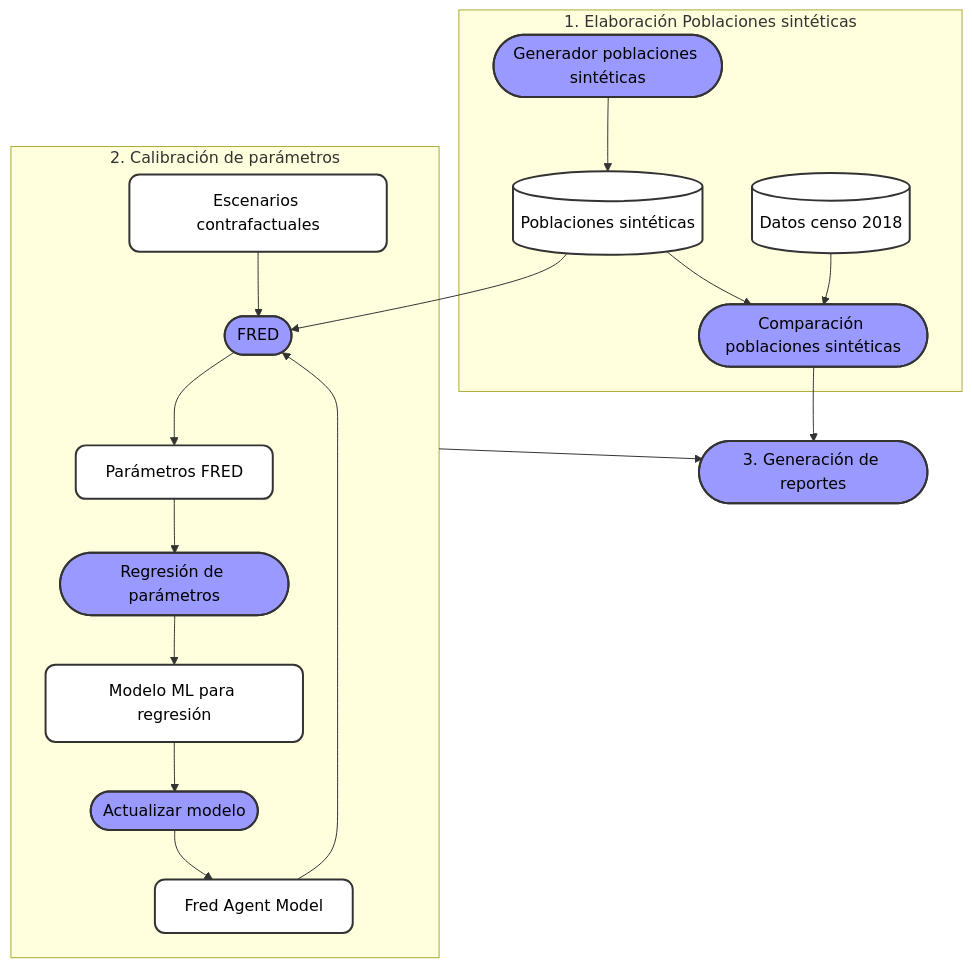
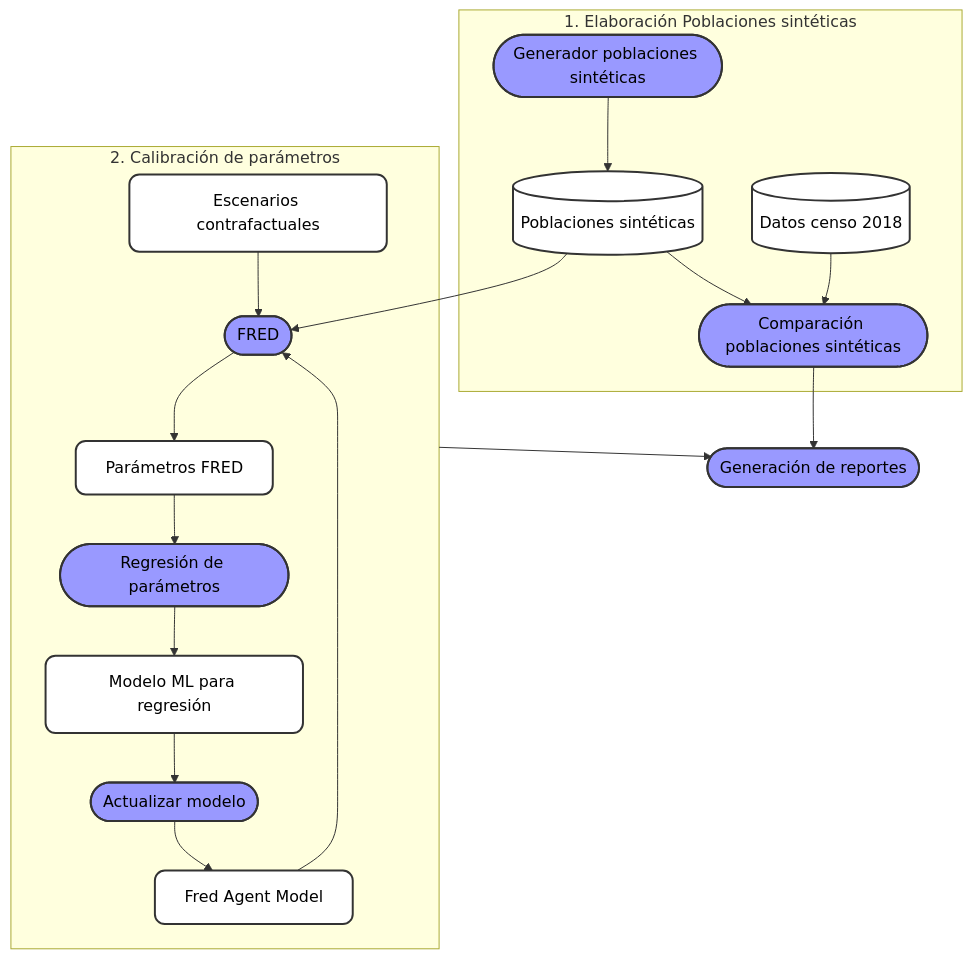
The diagram in profile/FRED/FlujoDatos.md (AGORA-COL/.github), drawn with Mermaid before and after one commit. The commit also changed 1 other file, not shown here.

````diff
--- a/profile/FRED/FlujoDatos.md
+++ b/profile/FRED/FlujoDatos.md
@@ -11,45 +11,45 @@
 ```mermaid
 flowchart TB
     subgraph EPS[1. Elaboración Poblaciones sintéticas]
         GPS([Generador poblaciones sintéticas])
         PS[(Poblaciones sintéticas)]
         CPS([Comparación poblaciones sintéticas])
         DC[(Datos censo 2018)]
     end 
     PS --> F
     subgraph CP[2. Calibración de parámetros]
         EC[Escenarios contrafactuales]
         FAM[Fred Agent Model]
         F([FRED])
         FP[Parámetros FRED]
         RP([Regresión de parámetros])
         ML[Modelo ML para regresión]
         AM([Actualizar modelo])
         EC --> F --> FP --> RP --> ML --> AM --> FAM --> F
     end
-    R([3. Generación de reportes])
+    R([Generación de reportes])
 
     GPS --> PS --> CPS
     DC --> CPS
     CP --> R
     CPS --> R
 
 
     %% Links
     click GPS "https://github.com/AGORA-COL/synthetic_populations"
     click ML "https://github.com/AGORA-COL/fred_parameters_regression"
     click R "https://github.com/AGORA-COL/model-reports"
     click F "https://github.com/AGORA-COL/FRED"
     click FAM "https://github.com/AGORA-COL/fred_colombia_implementation"
 
     %% Styles
     class F,R,RP,GPS,CPS,AM process;
     class PS,DC repository;
     class EC,ML,FAM,FP model;
 
     classDef model fill:#fff,stroke:#333,stroke-width:2px,color:#000,rx:10,ry:10;
     classDef process fill:#99f,stroke:#333,stroke-width:2px,color:black;
     classDef repository fill:#fff,stroke:#333,stroke-width:2px,stroke: 5 5,color:#000;
     classDef software fill:orange,stroke:#333,stroke-width:2px,color:#000;
     classDef report fill:#ddd,stroke:#333,stroke-width:2px,color:#000;
 ```
````
